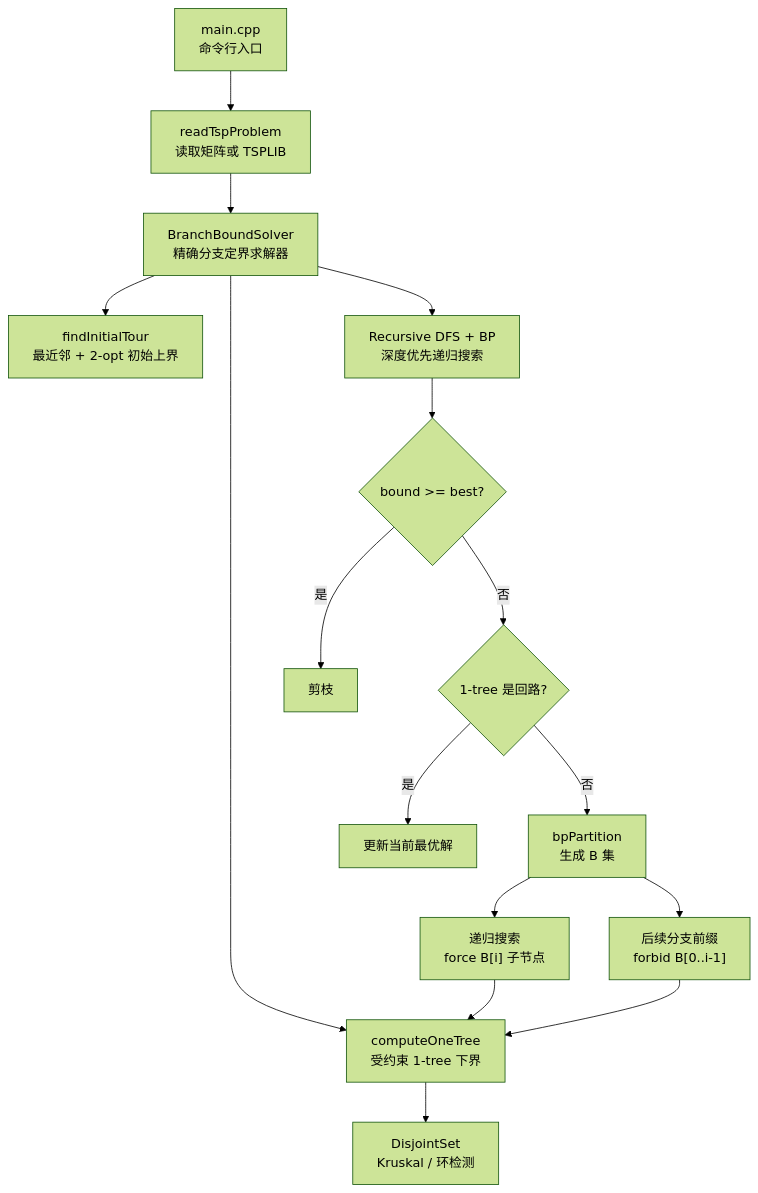
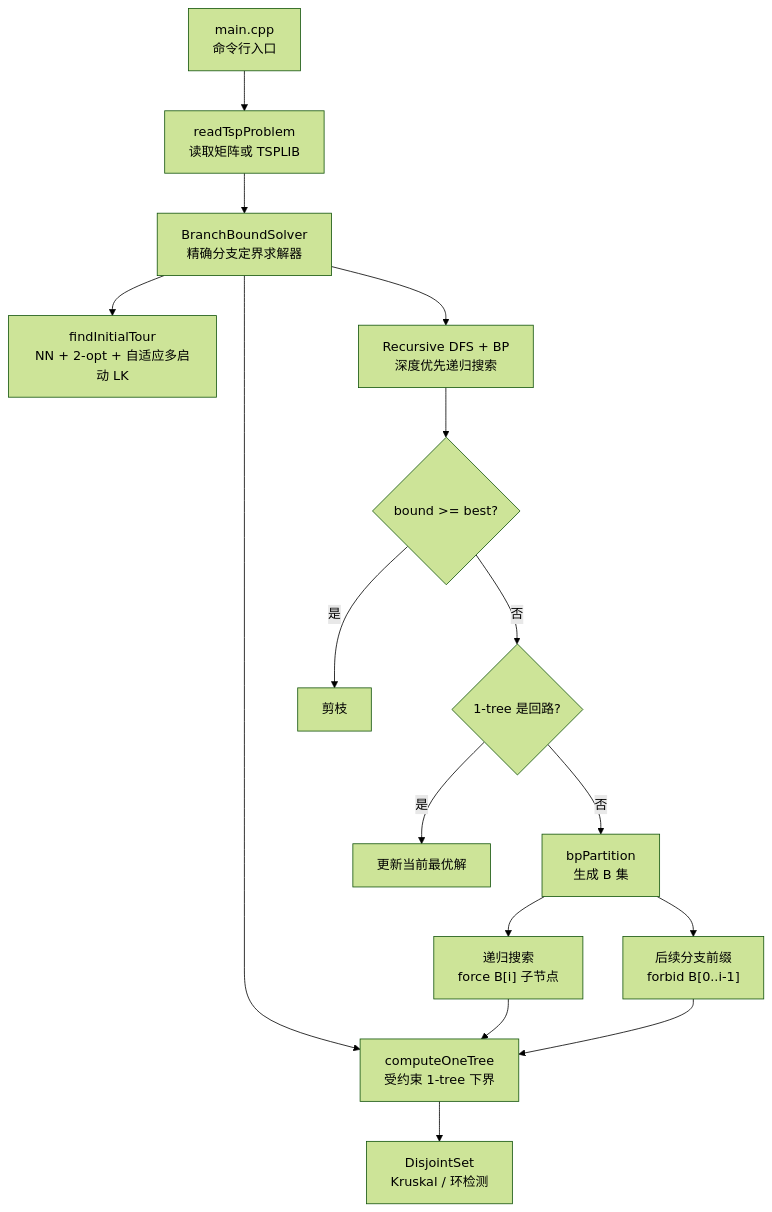
One commit to rAyanami-zqy/TSP changed the diagram in README.md. Above: the diagram before and after it, drawn with Mermaid (forest theme). The commit also changed other lines of this file and 4 other files, not shown here.

````diff
--- a/README.md
+++ b/README.md
@@ -20,18 +25,18 @@
 ```mermaid
 flowchart TD
     A["main.cpp<br/>命令行入口"] --> B["readTspProblem<br/>读取矩阵或 TSPLIB"]
     B --> D["BranchBoundSolver<br/>精确分支定界求解器"]
-    D --> R["findInitialTour<br/>最近邻 + 2-opt 初始上界"]
+    D --> R["findInitialTour<br/>NN + 2-opt + 自适应多启动 LK"]
     D --> E["computeOneTree<br/>受约束 1-tree 下界"]
     E --> F["DisjointSet<br/>Kruskal / 环检测"]
     D --> G["Recursive DFS + BP<br/>深度优先递归搜索"]
     G --> H{"bound >= best?"}
     H -- "是" --> I["剪枝"]
     H -- "否" --> J{"1-tree 是回路?"}
     J -- "是" --> K["更新当前最优解"]
     J -- "否" --> L["bpPartition<br/>生成 B 集"]
     L --> M["递归搜索<br/>force B[i] 子节点"]
     L --> N["后续分支前缀<br/>forbid B[0..i-1]"]
     M --> E
     N --> E
 ```
````
